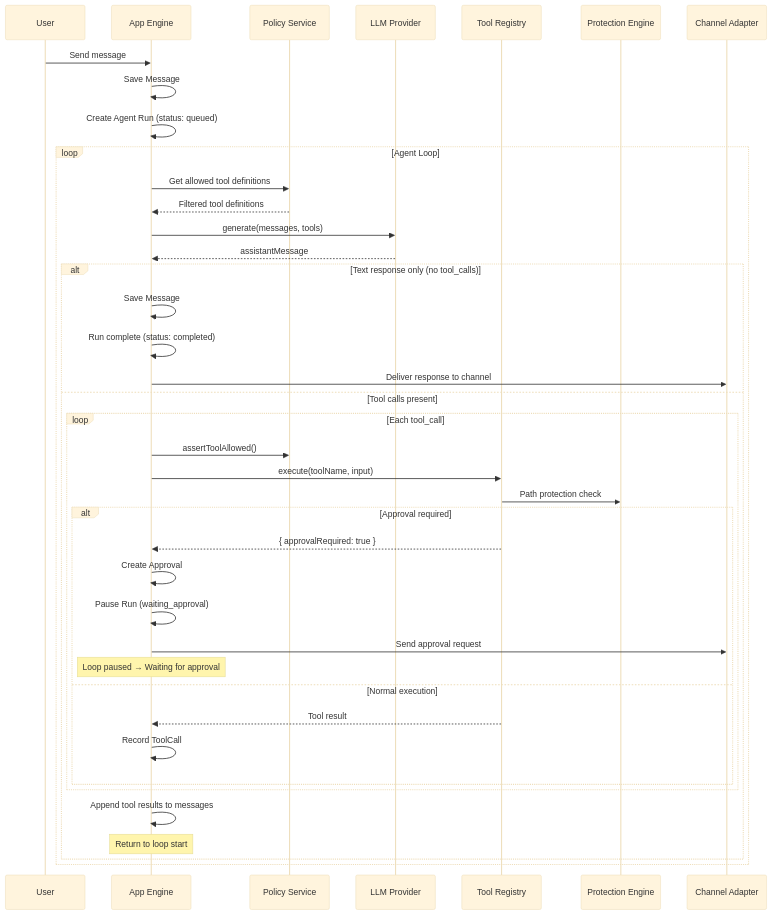
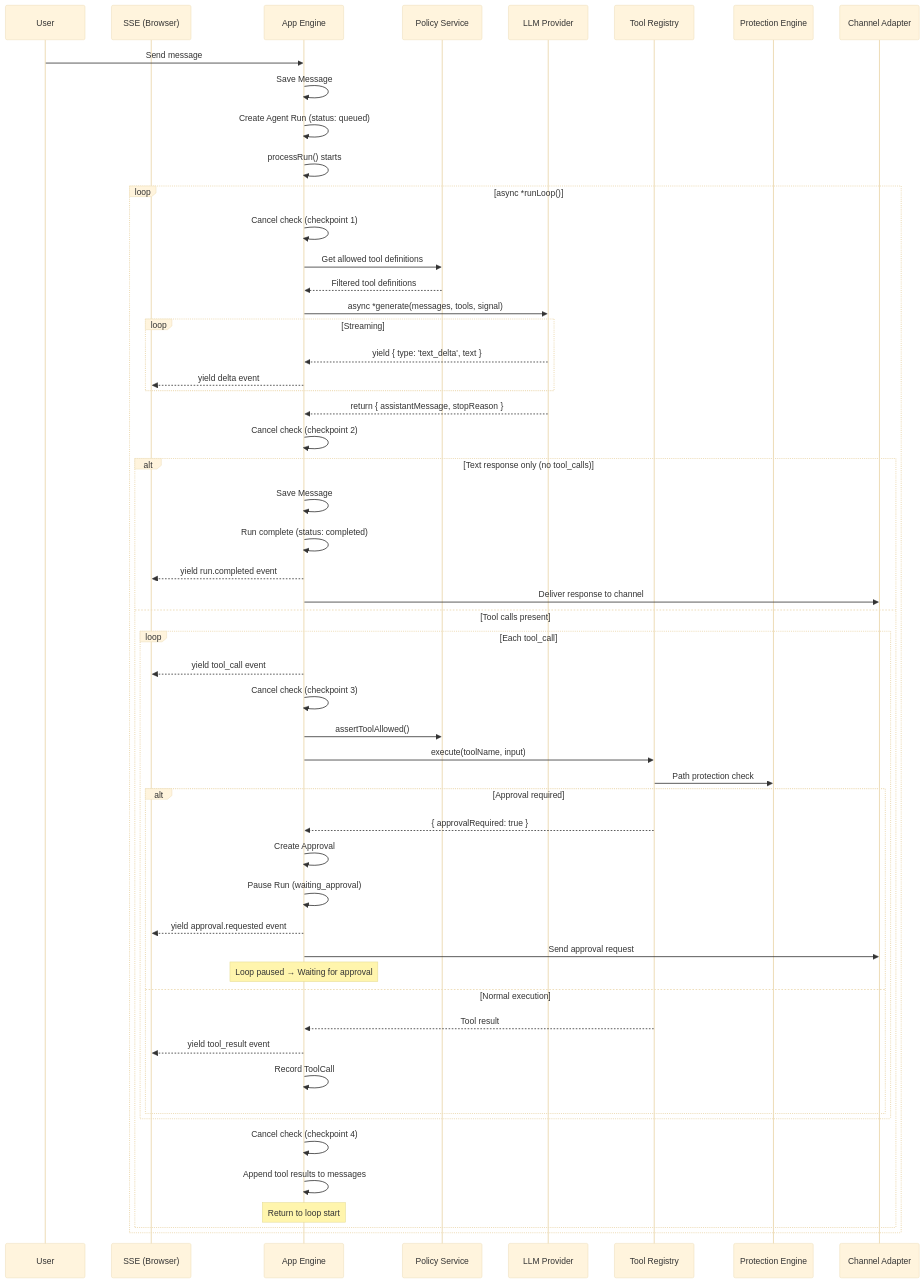
One commit to m-harness/micro-harness-engine changed the first of 2 diagrams in docs/en/agent-loop.md. Above: the diagram before and after it, drawn with Mermaid (base theme). The commit also changed other lines of this file and 9 other files, not shown here.

````diff
--- a/docs/en/agent-loop.md
+++ b/docs/en/agent-loop.md
@@ -13,46 +13,62 @@
 ```mermaid
 sequenceDiagram
     participant U as User
+    participant SSE as SSE (Browser)
     participant APP as App Engine
     participant PS as Policy Service
     participant LLM as LLM Provider
     participant TR as Tool Registry
     participant PE as Protection Engine
     participant CH as Channel Adapter
 
     U->>APP: Send message
     APP->>APP: Save Message
     APP->>APP: Create Agent Run (status: queued)
+    APP->>APP: processRun() starts
 
-    loop Agent Loop
+    loop async *runLoop()
+        APP->>APP: Cancel check (checkpoint 1)
         APP->>PS: Get allowed tool definitions
         PS-->>APP: Filtered tool definitions
-        APP->>LLM: generate(messages, tools)
-        LLM-->>APP: assistantMessage
+        APP->>LLM: async *generate(messages, tools, signal)
+
+        loop Streaming
+            LLM-->>APP: yield { type: 'text_delta', text }
+            APP-->>SSE: yield delta event
+        end
+
+        LLM-->>APP: return { assistantMessage, stopReason }
+        APP->>APP: Cancel check (checkpoint 2)
 
         alt Text response only (no tool_calls)
             APP->>APP: Save Message
             APP->>APP: Run complete (status: completed)
+            APP-->>SSE: yield run.completed event
             APP->>CH: Deliver response to channel
         else Tool calls present
             loop Each tool_call
+                APP-->>SSE: yield tool_call event
+                APP->>APP: Cancel check (checkpoint 3)
                 APP->>PS: assertToolAllowed()
                 APP->>TR: execute(toolName, input)
                 TR->>PE: Path protection check
 
                 alt Approval required
                     TR-->>APP: { approvalRequired: true }
                     APP->>APP: Create Approval
                     APP->>APP: Pause Run (waiting_approval)
+                    APP-->>SSE: yield approval.requested event
                     APP->>CH: Send approval request
                     Note over APP: Loop paused → Waiting for approval
                 else Normal execution
                     TR-->>APP: Tool result
+                    APP-->>SSE: yield tool_result event
                     APP->>APP: Record ToolCall
                 end
             end
+            APP->>APP: Cancel check (checkpoint 4)
             APP->>APP: Append tool results to messages
             Note over APP: Return to loop start
         end
     end
 ```
````
